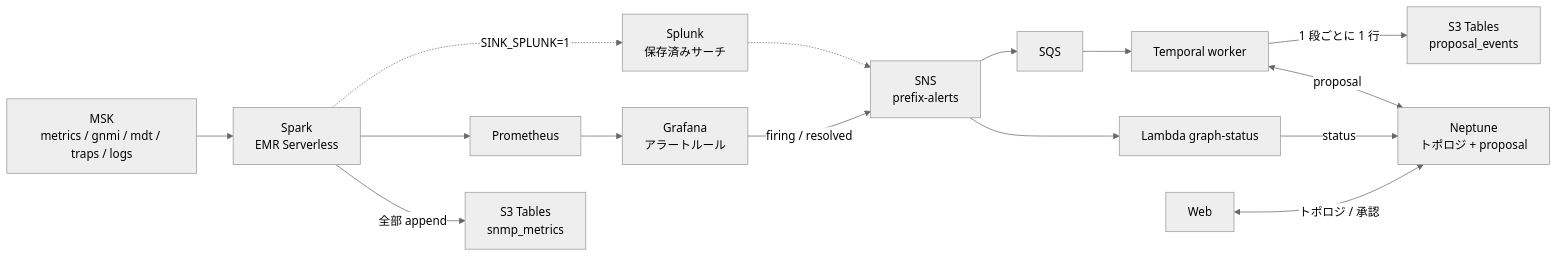
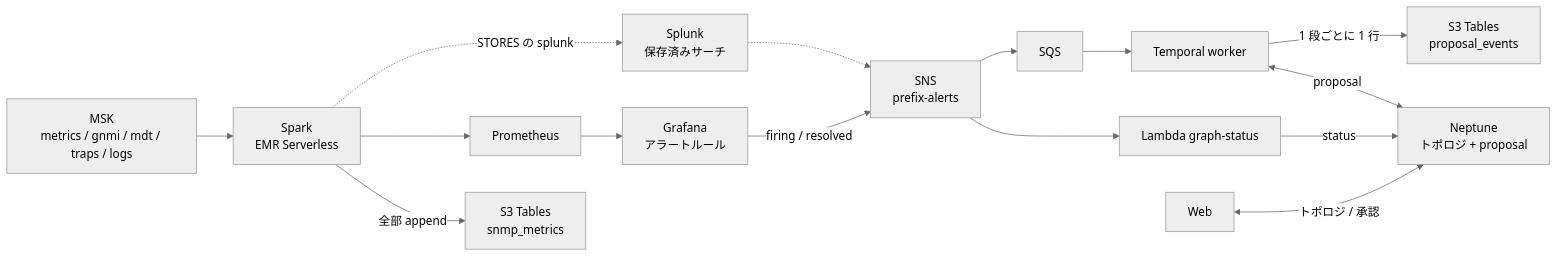
One commit to eddie-eights/nwc-poc changed the first of 2 diagrams in docs/data-stores.md. Above: the diagram before and after it, drawn with Mermaid (neutral theme). The commit also changed other lines of this file and 12 other files, not shown here.

````diff
--- a/docs/data-stores.md
+++ b/docs/data-stores.md
@@ -28,14 +28,14 @@
 ```mermaid
 flowchart LR
   MSK["MSK<br/>metrics / gnmi / mdt / traps / logs"] --> SPARK["Spark<br/>EMR Serverless"]
   SPARK -->|"全部 append"| ICE["S3 Tables<br/>snmp_metrics"]
   SPARK --> PROM["Prometheus"] --> GRAF["Grafana<br/>アラートルール"]
-  SPARK -.->|"SINK_SPLUNK=1"| SPL["Splunk<br/>保存済みサーチ"]
+  SPARK -.->|"STORES の splunk"| SPL["Splunk<br/>保存済みサーチ"]
   GRAF -->|"firing / resolved"| SNS["SNS<br/>prefix-alerts"]
   SPL -.-> SNS
   SNS --> GL["Lambda graph-status"] -->|"status"| NEP["Neptune<br/>トポロジ + proposal"]
   SNS --> SQS["SQS"] --> WK["Temporal worker"]
   WK <-->|"proposal"| NEP
   WK -->|"1 段ごとに 1 行"| PEV["S3 Tables<br/>proposal_events"]
   WEB["Web"] <-->|"トポロジ / 承認"| NEP
 ```
````
